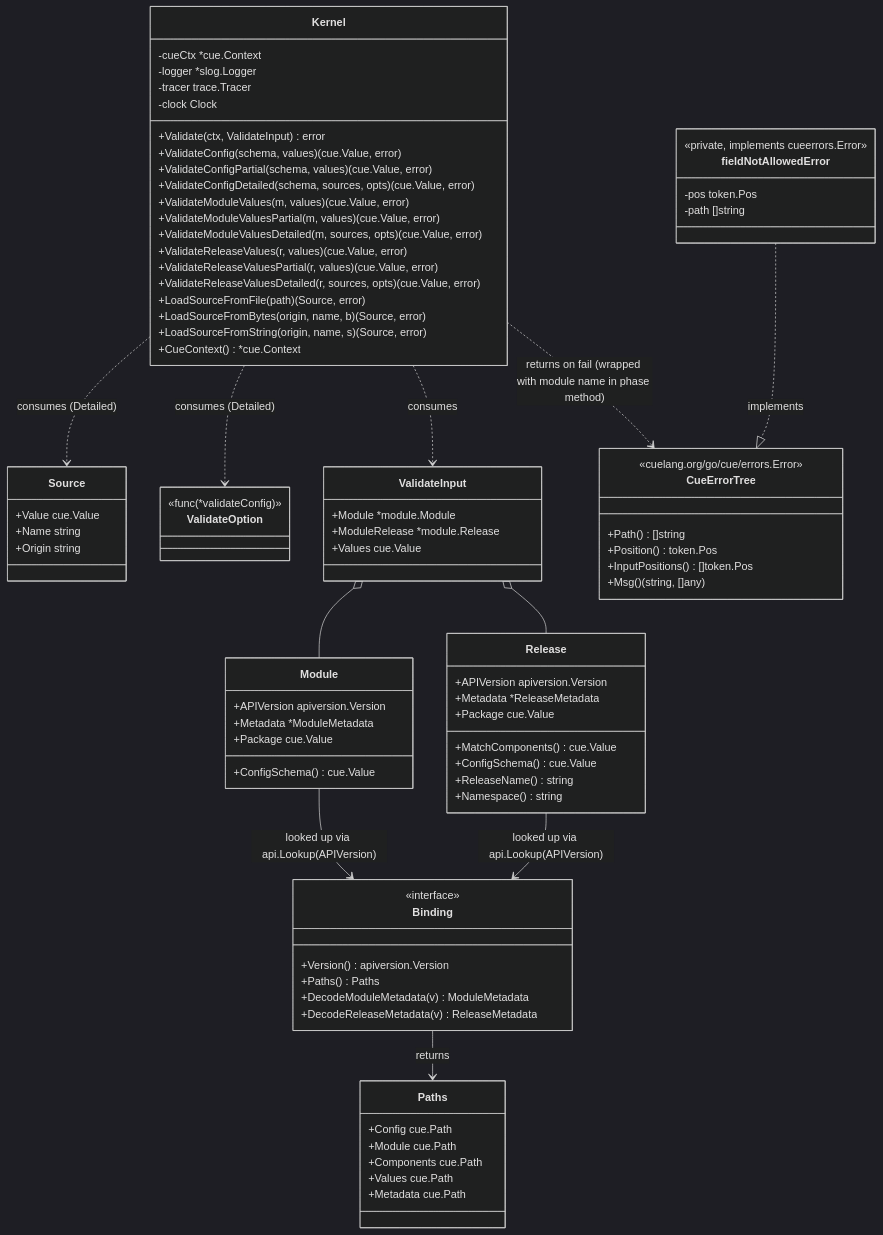
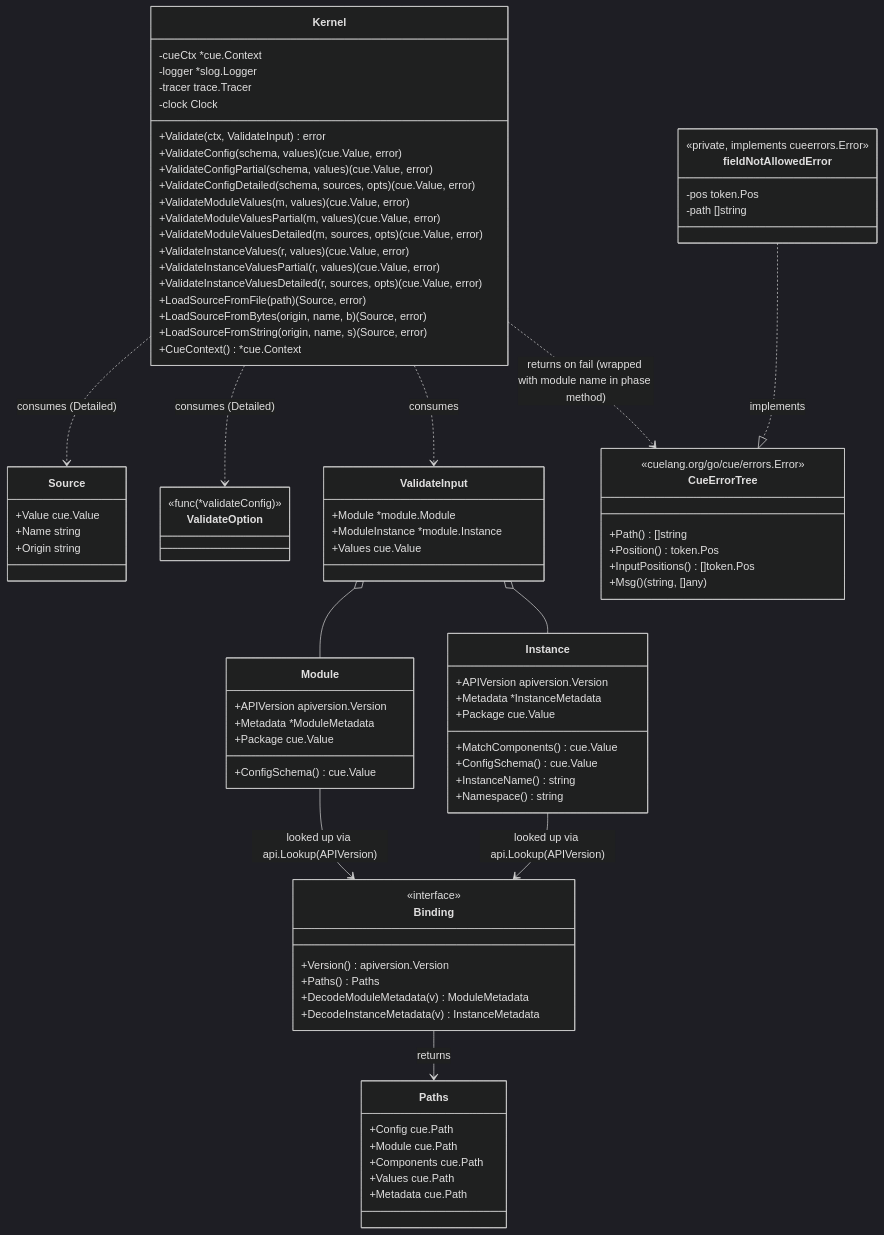
Before and after one commit to open-platform-model/library: the first of 2 diagrams in docs/design/kernel-validate-flow.md, drawn with Mermaid (dark theme). The commit also changed other lines of this file and 98 other files, not shown here.

First line of the commit message:
feat(module)!: rename Release artifact family to Instance

```diff
--- a/docs/design/kernel-validate-flow.md
+++ b/docs/design/kernel-validate-flow.md
@@ -39,9 +39,9 @@
         +ValidateModuleValues(m, values) (cue.Value, error)
         +ValidateModuleValuesPartial(m, values) (cue.Value, error)
         +ValidateModuleValuesDetailed(m, sources, opts) (cue.Value, error)
-        +ValidateReleaseValues(r, values) (cue.Value, error)
-        +ValidateReleaseValuesPartial(r, values) (cue.Value, error)
-        +ValidateReleaseValuesDetailed(r, sources, opts) (cue.Value, error)
+        +ValidateInstanceValues(r, values) (cue.Value, error)
+        +ValidateInstanceValuesPartial(r, values) (cue.Value, error)
+        +ValidateInstanceValuesDetailed(r, sources, opts) (cue.Value, error)
         +LoadSourceFromFile(path) (Source, error)
         +LoadSourceFromBytes(origin, name, b) (Source, error)
         +LoadSourceFromString(origin, name, s) (Source, error)
@@ -60,7 +60,7 @@
 
     class ValidateInput {
         +Module *module.Module
-        +ModuleRelease *module.Release
+        +ModuleInstance *module.Instance
         +Values cue.Value
     }
 
@@ -71,13 +71,13 @@
         +ConfigSchema() cue.Value
     }
 
-    class Release {
+    class Instance {
         +APIVersion apiversion.Version
-        +Metadata *ReleaseMetadata
+        +Metadata *InstanceMetadata
         +Package cue.Value
         +MatchComponents() cue.Value
         +ConfigSchema() cue.Value
-        +ReleaseName() string
+        +InstanceName() string
         +Namespace() string
     }
 
@@ -86,7 +86,7 @@
         +Version() apiversion.Version
         +Paths() Paths
         +DecodeModuleMetadata(v) ModuleMetadata
-        +DecodeReleaseMetadata(v) ReleaseMetadata
+        +DecodeInstanceMetadata(v) InstanceMetadata
     }
 
     class Paths {
@@ -115,9 +115,9 @@
     Kernel ..> Source : consumes (Detailed)
     Kernel ..> ValidateOption : consumes (Detailed)
     ValidateInput o-- Module
-    ValidateInput o-- Release
+    ValidateInput o-- Instance
     Module --> Binding : looked up via api.Lookup(APIVersion)
-    Release --> Binding : looked up via api.Lookup(APIVersion)
+    Instance --> Binding : looked up via api.Lookup(APIVersion)
     Binding --> Paths : returns
     Kernel ..> CueErrorTree : returns on fail (wrapped with module name in phase method)
     fieldNotAllowedError ..|> CueErrorTree : implements
```
